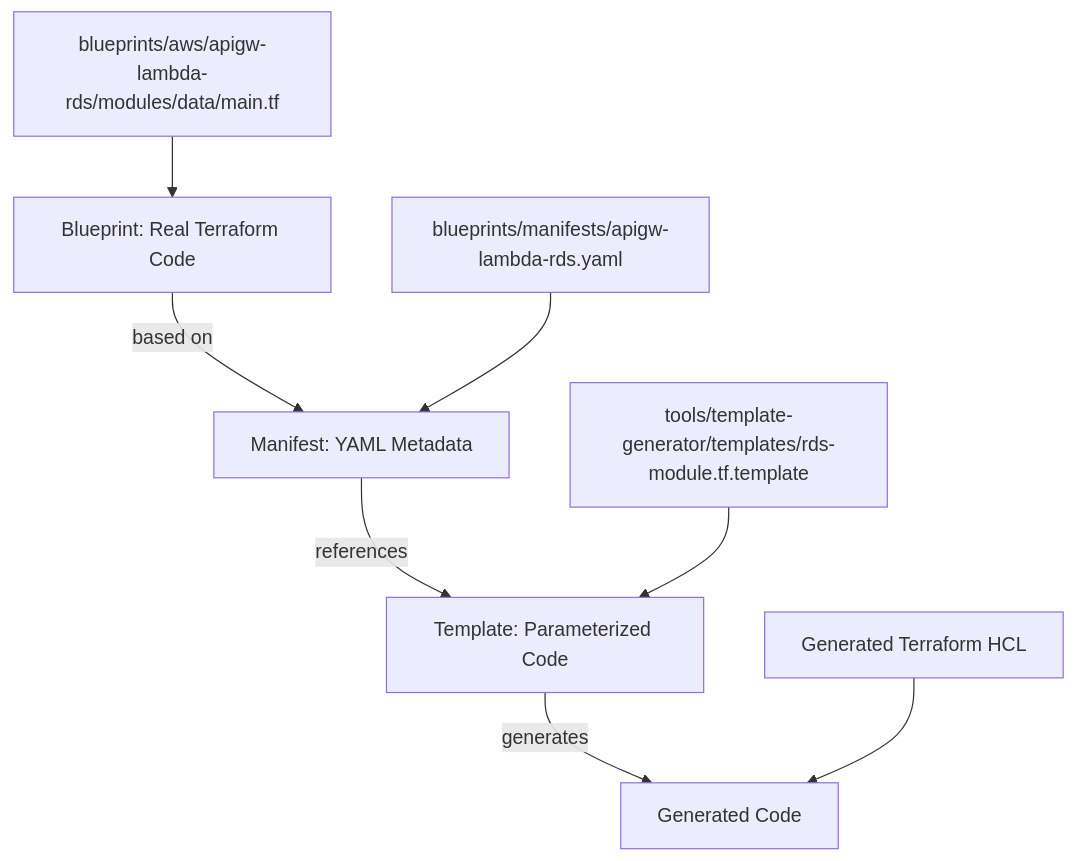
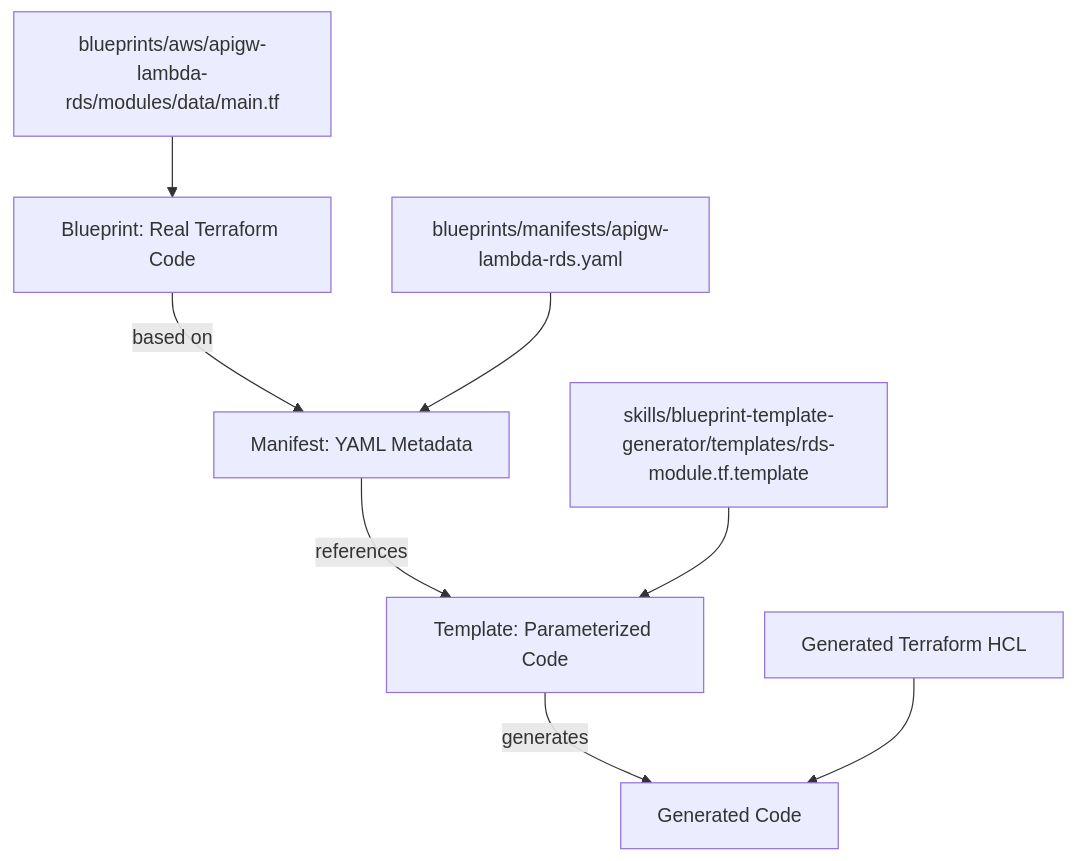
The first of 3 diagrams in docs/manifests-and-templates.md (berTrindade/terraform-infrastructure-blueprints), drawn with Mermaid before and after one commit. The commit also changed 104 other files, not shown here.

````diff
--- a/docs/manifests-and-templates.md
+++ b/docs/manifests-and-templates.md
@@ -7,11 +7,11 @@
 ```mermaid
 graph TD
     A[Blueprint: Real Terraform Code] -->|based on| B[Manifest: YAML Metadata]
     B -->|references| C[Template: Parameterized Code]
     C -->|generates| D[Generated Code]
     
     A1[blueprints/aws/apigw-lambda-rds/modules/data/main.tf] --> A
     B1[blueprints/manifests/apigw-lambda-rds.yaml] --> B
-    C1[tools/template-generator/templates/rds-module.tf.template] --> C
+    C1[skills/blueprint-template-generator/templates/rds-module.tf.template] --> C
     D1[Generated Terraform HCL] --> D
 ```
````
